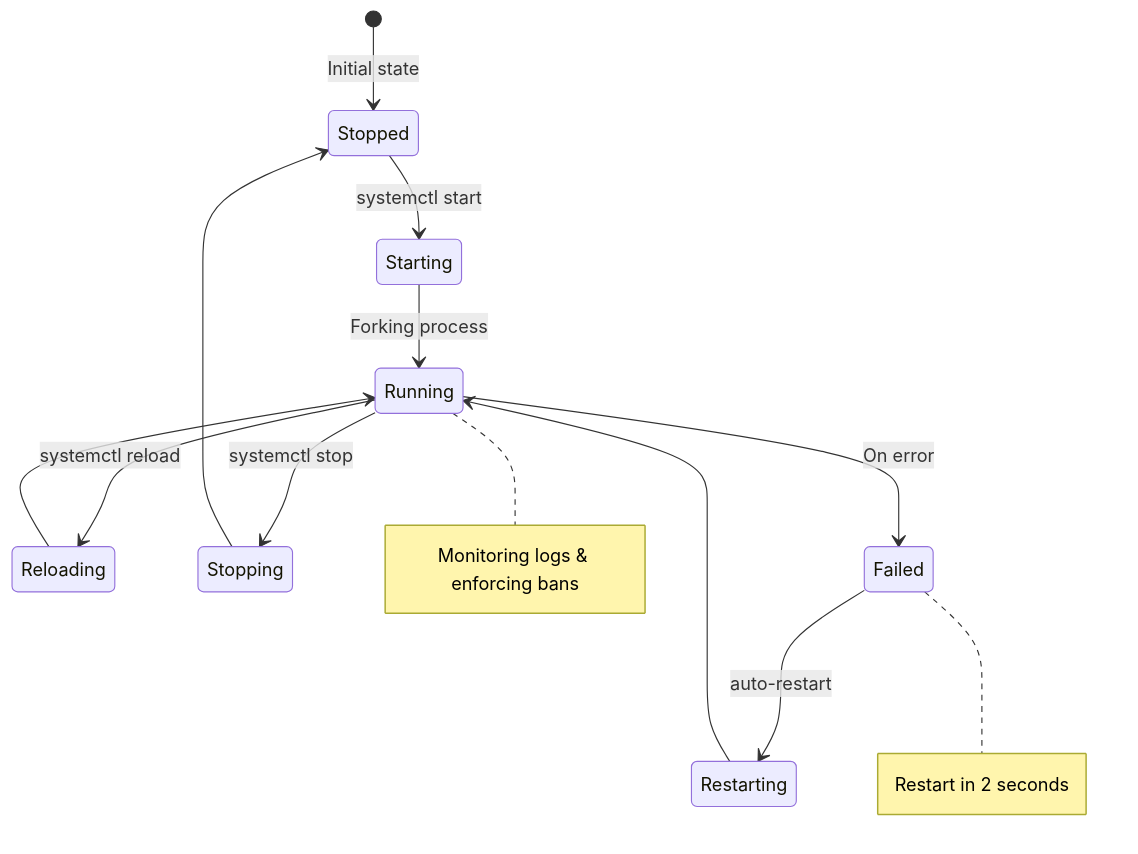
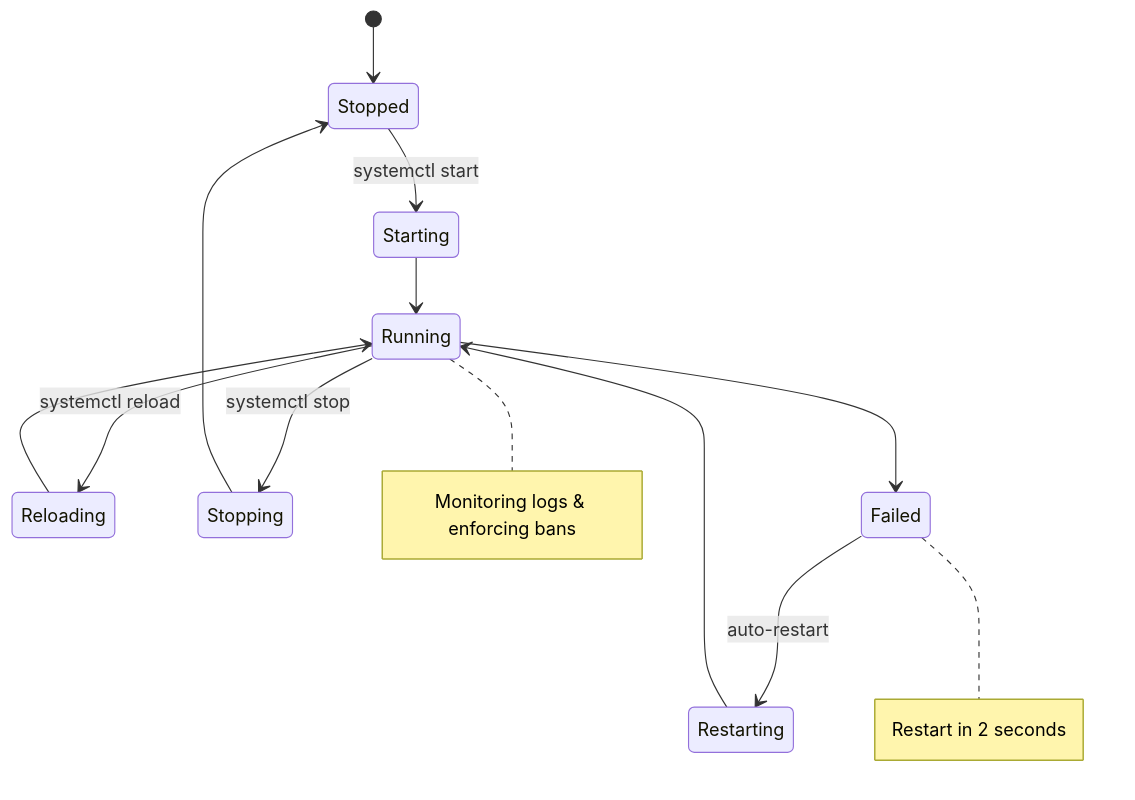
The fifth of 8 diagrams in docs/use-cases/fail2ban-opencloudos.md (fanani-radian/openclaw-sumopod), drawn with Mermaid before and after one commit. The commit also changed other lines of this file, not shown here.

First line of the commit message:
fix(fail2ban): Fix Mermaid diagram syntax for GitHub rendering

````diff
--- a/docs/use-cases/fail2ban-opencloudos.md
+++ b/docs/use-cases/fail2ban-opencloudos.md
@@ -283,22 +246,22 @@
 ```mermaid
 stateDiagram-v2
-    [*] --> Stopped: Initial state
+    [*] --> Stopped
     Stopped --> Starting: systemctl start
-    Starting --> Running: Forking process
+    Starting --> Running
     Running --> Reloading: systemctl reload
     Reloading --> Running
     Running --> Stopping: systemctl stop
     Stopping --> Stopped
     
-    Running --> Failed: On error
+    Running --> Failed
     Failed --> Restarting: auto-restart
     Restarting --> Running
     
     note right of Running
         Monitoring logs & enforcing bans
     end note
     
     note right of Failed
         Restart in 2 seconds
     end note
 ```
````
